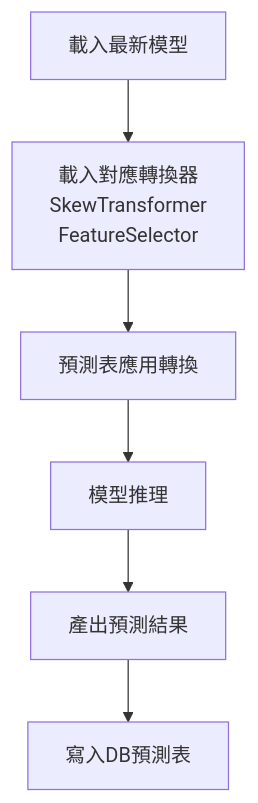
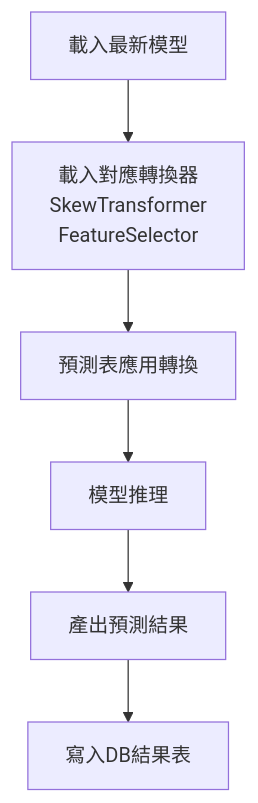
One commit to aeoner000/Smart-Bid-Evaluator_TWstock changed the fifth of 6 diagrams in README.md. Above: the diagram before and after it, drawn with Mermaid. The commit also changed other lines of this file and 3 other files, not shown here.

Commit message:
修正streamlit誤差圖顯示

````diff
--- a/README.md
+++ b/README.md
@@ -103,8 +112,8 @@
 ```mermaid
 graph TD
     A["載入最新模型"] --> B["載入對應轉換器<br/>SkewTransformer<br/>FeatureSelector"]
     B --> C["預測表應用轉換"]
     C --> D["模型推理"]
     D --> E["產出預測結果"]
-    E --> F["寫入DB預測表"]
+    E --> F["寫入DB結果表"]
 ```
````
